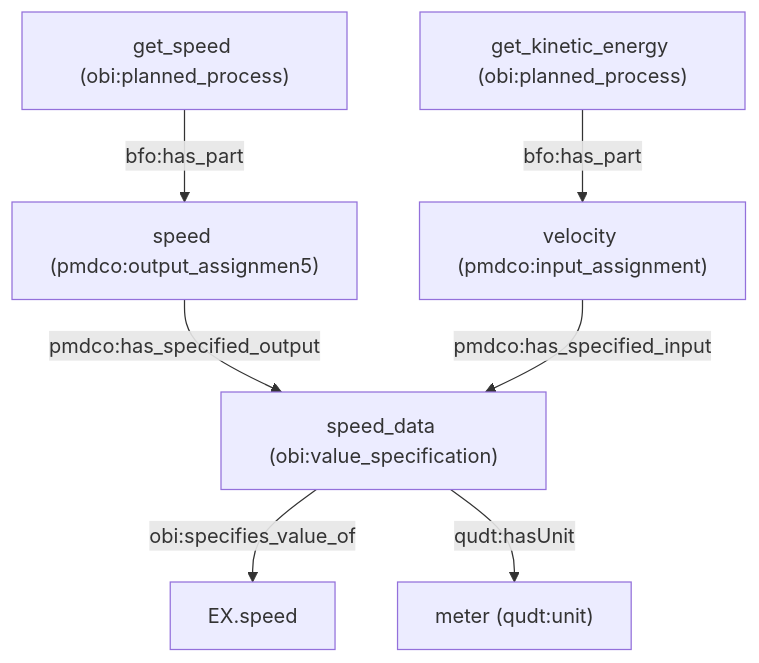
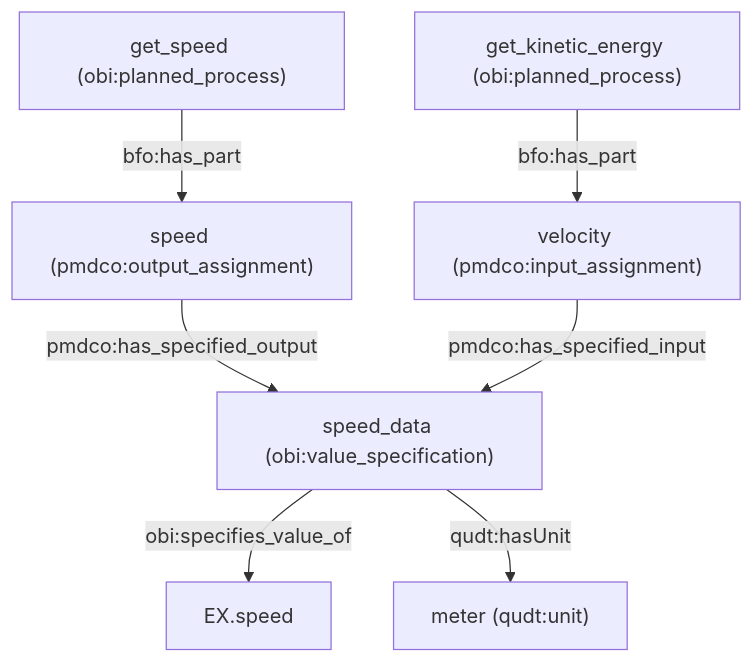
Before and after one commit to pyiron/semantikon: the diagram in docs/README.md, drawn with Mermaid.

Commit message:
Another typo

````diff
--- a/docs/README.md
+++ b/docs/README.md
@@ -75,9 +75,9 @@
 ```mermaid
 graph TD
-    get_speed["get_speed (obi:planned_process)"] -- bfo:has_part --> speed["speed (pmdco:output_assignmen5)"]
+    get_speed["get_speed (obi:planned_process)"] -- bfo:has_part --> speed["speed (pmdco:output_assignment)"]
     speed -- pmdco:has_specified_output --> speed_data["speed_data (obi:value_specification)"]
     speed_data -- obi:specifies_value_of --> EX.speed
     speed_data -- qudt:hasUnit --> meter["meter (qudt:unit)"]
     velocity -- pmdco:has_specified_input --> speed_data
     get_kinetic_energy["get_kinetic_energy (obi:planned_process)"] -- bfo:has_part --> velocity["velocity (pmdco:input_assignment)"]
 ```
````
